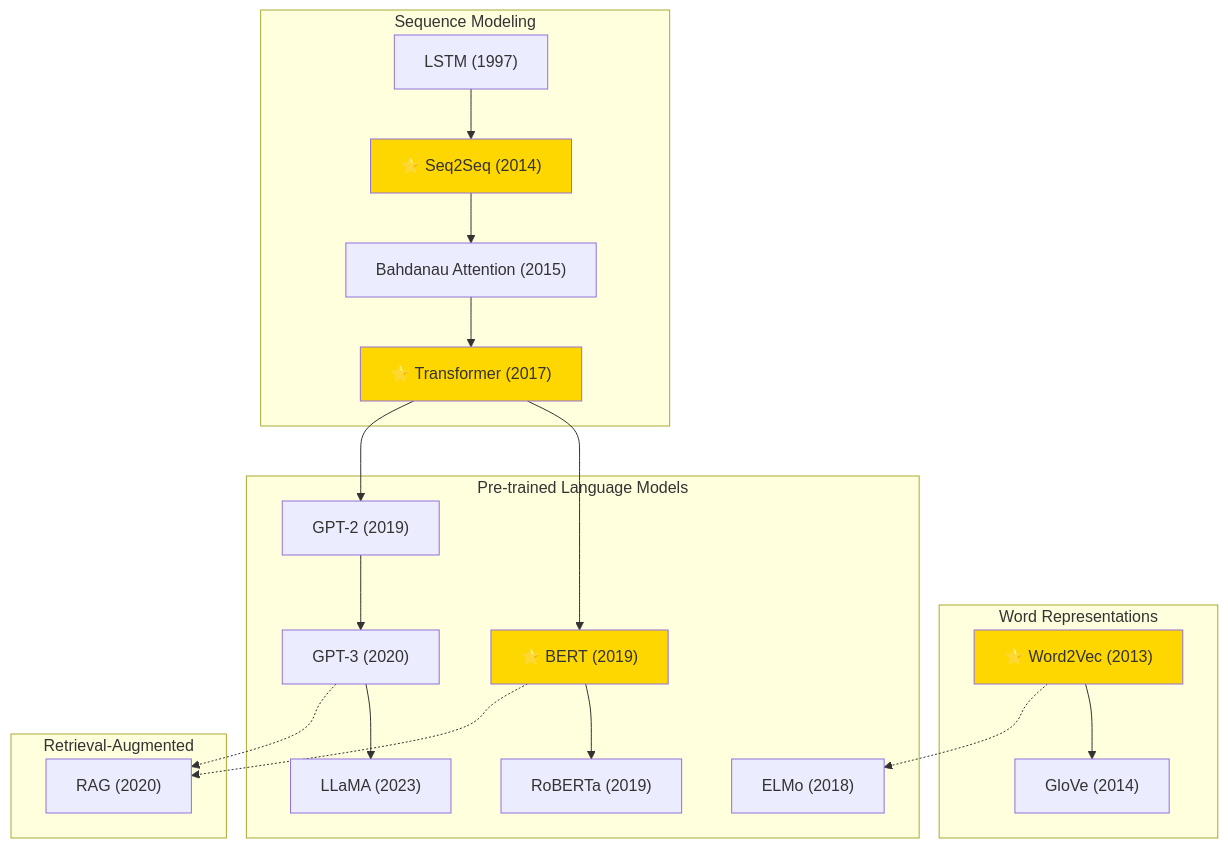
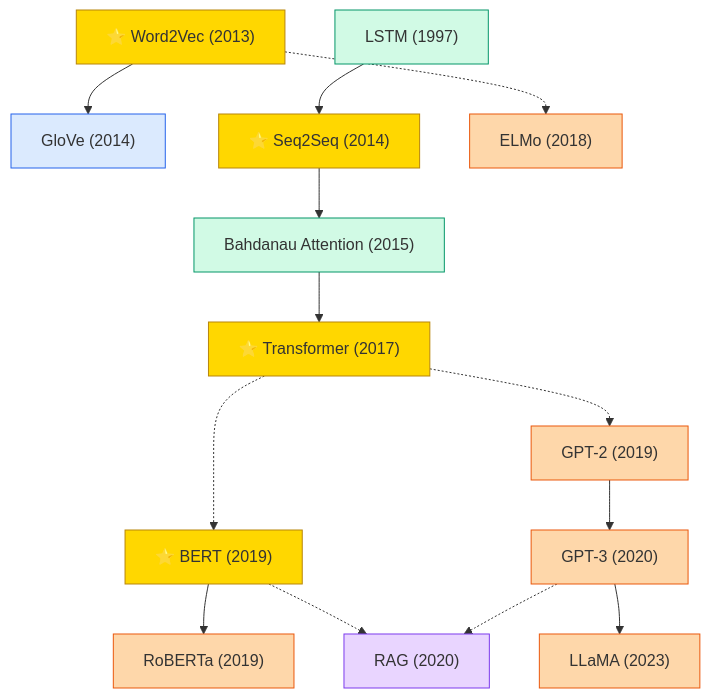
One commit to zerenzhou/Awesome-Machine-Learning-Papers changed the diagram in domains/nlp/README.md. Above: the diagram before and after it, drawn with Mermaid. The commit also changed other lines of this file and 14 other files, not shown here.

````diff
--- a/domains/nlp/README.md
+++ b/domains/nlp/README.md
@@ -7,31 +7,23 @@
 ```mermaid
 graph TD
-    subgraph Word Representations
-        Word2Vec["⭐ Word2Vec (2013)"] --> GloVe["GloVe (2014)"]
-    end
+    classDef word fill:#DBEAFE,stroke:#2563EB
+    classDef seq fill:#D1FAE5,stroke:#059669
+    classDef plm fill:#FED7AA,stroke:#EA580C
+    classDef rag fill:#E9D5FF,stroke:#7C3AED
+    classDef star fill:#FFD700,stroke:#B8860B
 
-    subgraph Sequence Modeling
-        LSTM["LSTM (1997)"] --> Seq2Seq["⭐ Seq2Seq (2014)"]
-        Seq2Seq --> Attention["Bahdanau Attention (2015)"]
-        Attention --> Transformer["⭐ Transformer (2017)"]
-    end
+    Word2Vec["⭐ Word2Vec (2013)"]:::star --> GloVe["GloVe (2014)"]:::word
+    LSTM["LSTM (1997)"]:::seq --> Seq2Seq["⭐ Seq2Seq (2014)"]:::star
+    Seq2Seq --> Attention["Bahdanau Attention (2015)"]:::seq
+    Attention --> Transformer["⭐ Transformer (2017)"]:::star
 
-    subgraph Pre-trained Language Models
-        Word2Vec -.-> ELMo["ELMo (2018)"]
-        Transformer --> BERT["⭐ BERT (2019)"]
-        BERT --> RoBERTa["RoBERTa (2019)"]
-        Transformer --> GPT2["GPT-2 (2019)"]
-        GPT2 --> GPT3["GPT-3 (2020)"]
-        GPT3 --> LLaMA["LLaMA (2023)"]
-    end
+    Word2Vec -.-> ELMo["ELMo (2018)"]:::plm
+    Transformer -.-> BERT["⭐ BERT (2019)"]:::star
+    BERT --> RoBERTa["RoBERTa (2019)"]:::plm
+    Transformer -.-> GPT2["GPT-2 (2019)"]:::plm
+    GPT2 --> GPT3["GPT-3 (2020)"]:::plm
+    GPT3 --> LLaMA["LLaMA (2023)"]:::plm
 
-    subgraph Retrieval-Augmented
-        BERT -.-> RAG["RAG (2020)"]
-        GPT3 -.-> RAG
-    end
-
-    style Word2Vec fill:#FFD700
-    style Seq2Seq fill:#FFD700
-    style Transformer fill:#FFD700
-    style BERT fill:#FFD700
+    BERT -.-> RAG["RAG (2020)"]:::rag
+    GPT3 -.-> RAG
 ```
````
